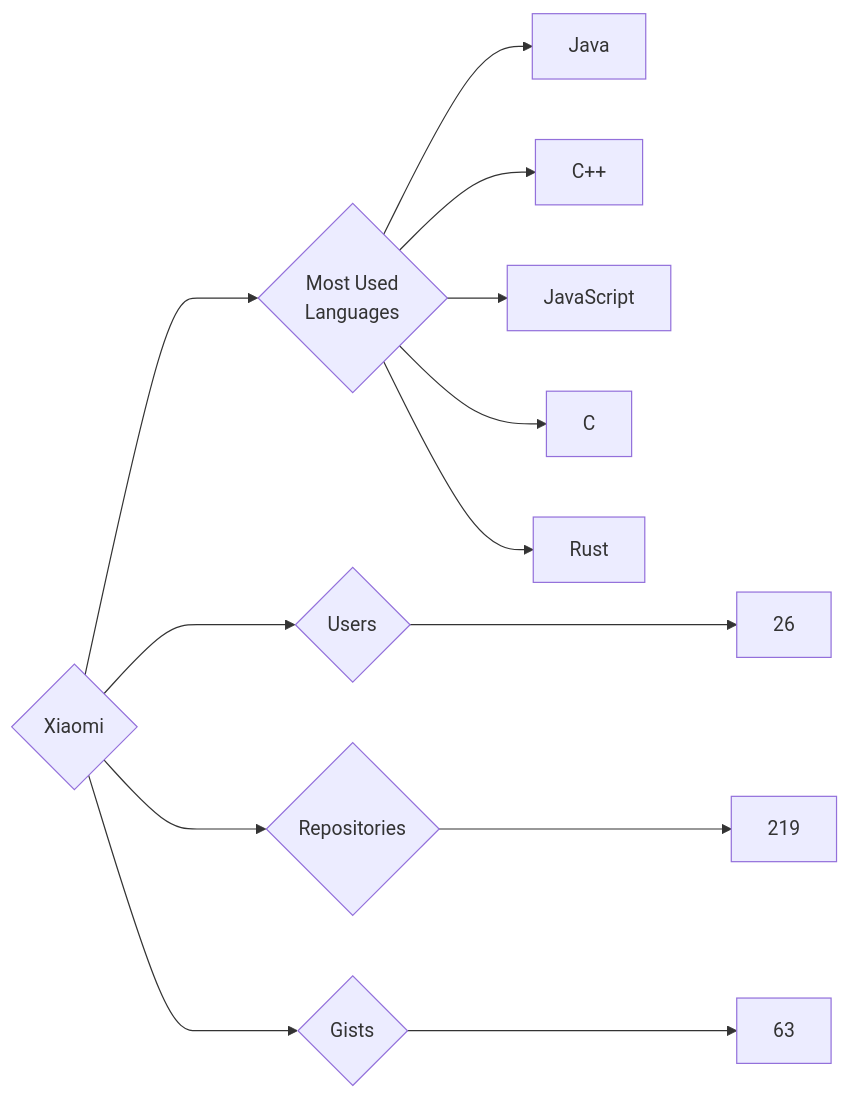
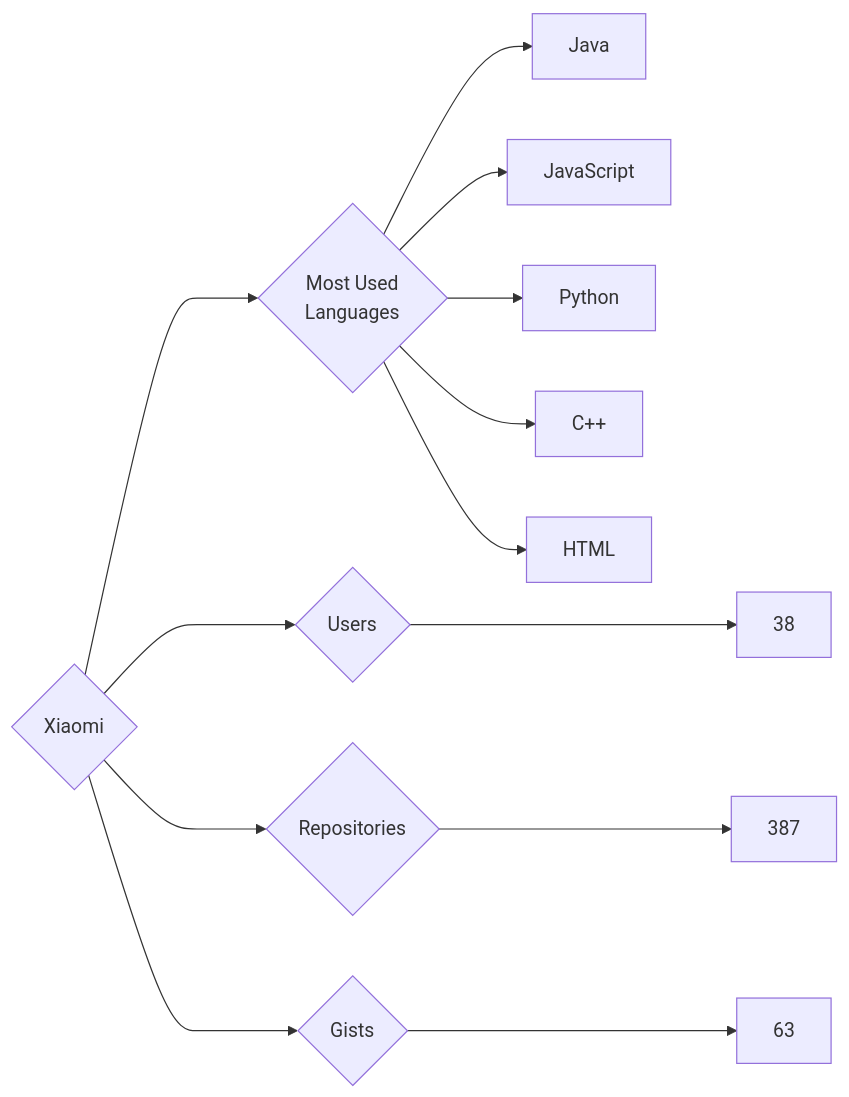
Before and after one commit to trickest/insiders: the diagram in targets/Xiaomi/README.md, drawn with Mermaid. The commit also changed 1479 other files, not shown here.

````diff
--- a/targets/Xiaomi/README.md
+++ b/targets/Xiaomi/README.md
@@ -3,13 +3,13 @@
 ```mermaid
 graph LR
 COMPANY_NAME{Xiaomi}
-COMPANY_NAME ---> U{Users} ---> UN[26]
-COMPANY_NAME ---> R{Repositories} ---> RN[219]
+COMPANY_NAME ---> U{Users} ---> UN[38]
+COMPANY_NAME ---> R{Repositories} ---> RN[387]
 COMPANY_NAME ---> G{Gists} ---> GN[63]
 COMPANY_NAME ---> ML{Most Used<br>Languages}
 ML --> Java[Java]
+ML --> JavaScript[JavaScript]
+ML --> Python[Python]
 ML --> C++[C++]
-ML --> JavaScript[JavaScript]
-ML --> C[C]
-ML --> Rust[Rust]
+ML --> HTML[HTML]
 ```
````
